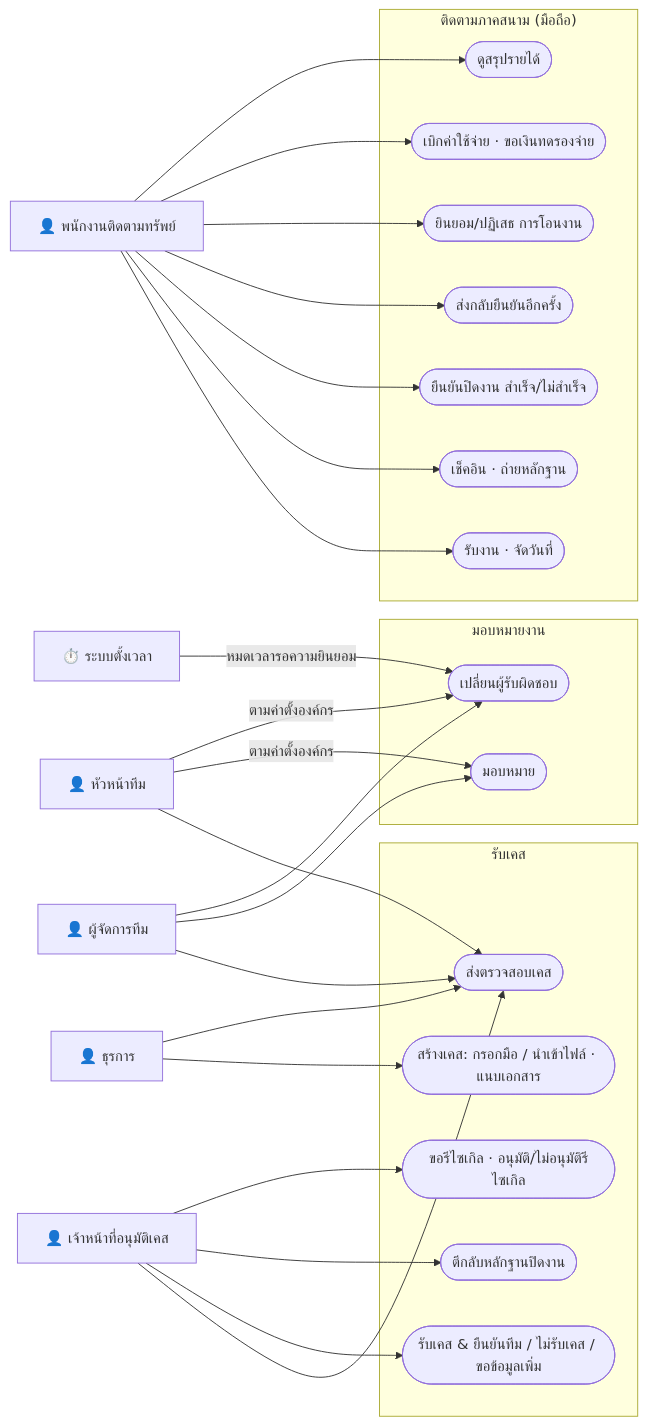
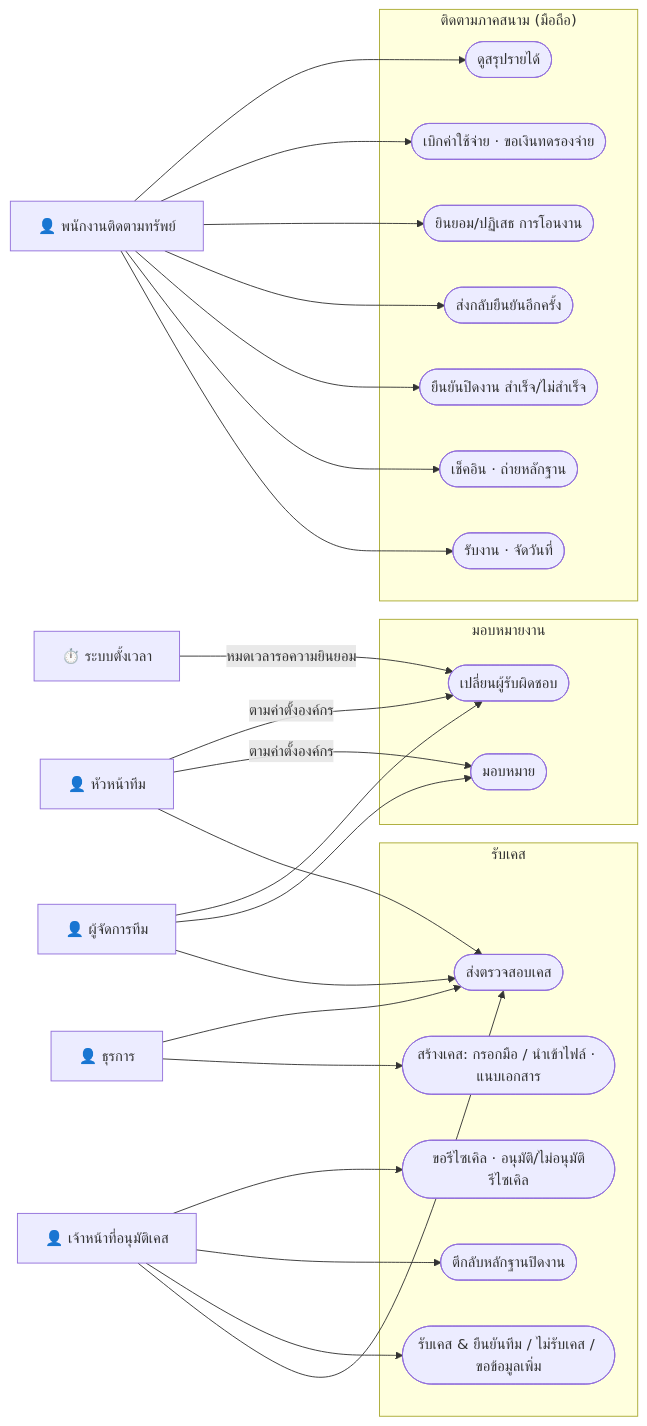
Before and after one commit to soodkhet/AssetRecovery: the third of 7 diagrams in manual/diagrams/02-use-case.md, drawn with Mermaid. The commit also changed other lines of this file and 64 other files, not shown here.

````diff
--- a/manual/diagrams/02-use-case.md
+++ b/manual/diagrams/02-use-case.md
@@ -132,38 +132,38 @@
 ```mermaid
 flowchart LR
   AO["👤 ธุรการ"]
   CA["👤 เจ้าหน้าที่อนุมัติเคส"]
   MG["👤 ผู้จัดการทีม"]
   SV["👤 หัวหน้าทีม"]
   FA["👤 พนักงานติดตามทรัพย์"]
   SYS["⏱️ ระบบตั้งเวลา"]
 
   subgraph CASE["รับเคส"]
     C1(["สร้างเคส: กรอกมือ / นำเข้าไฟล์ · แนบเอกสาร"])
     C2(["ส่งตรวจสอบเคส"])
     C3(["รับเคส & ยืนยันทีม / ไม่รับเคส / ขอข้อมูลเพิ่ม"])
     C4(["ตีกลับหลักฐานปิดงาน"])
-    C5(["ขอรีไซเกิล · อนุมัติ/ไม่อนุมัติรีไซเกิล"])
+    C5(["ขอรีไซเคิล · อนุมัติ/ไม่อนุมัติรีไซเคิล"])
   end
   subgraph ASG["มอบหมายงาน"]
     A1(["มอบหมาย"])
     A2(["เปลี่ยนผู้รับผิดชอบ"])
   end
   subgraph FLD["ติดตามภาคสนาม (มือถือ)"]
     F1(["รับงาน · จัดวันที่"])
     F2(["เช็คอิน · ถ่ายหลักฐาน"])
     F3(["ยืนยันปิดงาน สำเร็จ/ไม่สำเร็จ"])
     F4(["ส่งกลับยืนยันอีกครั้ง"])
     F5(["ยินยอม/ปฏิเสธ การโอนงาน"])
     F6(["เบิกค่าใช้จ่าย · ขอเงินทดรองจ่าย"])
     F7(["ดูสรุปรายได้"])
   end
 
   AO --> C1 & C2
   CA --> C2 & C3 & C4 & C5
   MG --> C2 & A1 & A2
   SV --> C2
   SV -->|"ตามค่าตั้งองค์กร"| A1 & A2
   FA --> F1 & F2 & F3 & F4 & F5 & F6 & F7
   SYS -->|"หมดเวลารอความยินยอม"| A2
 ```
````
